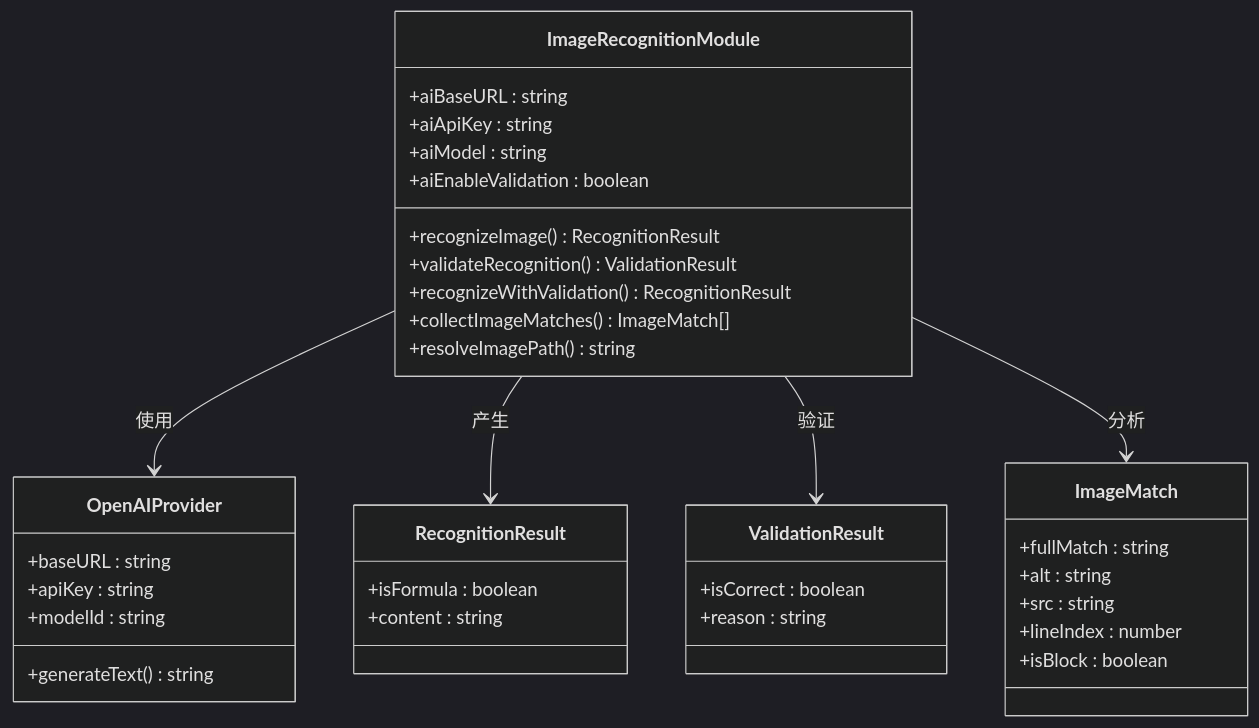
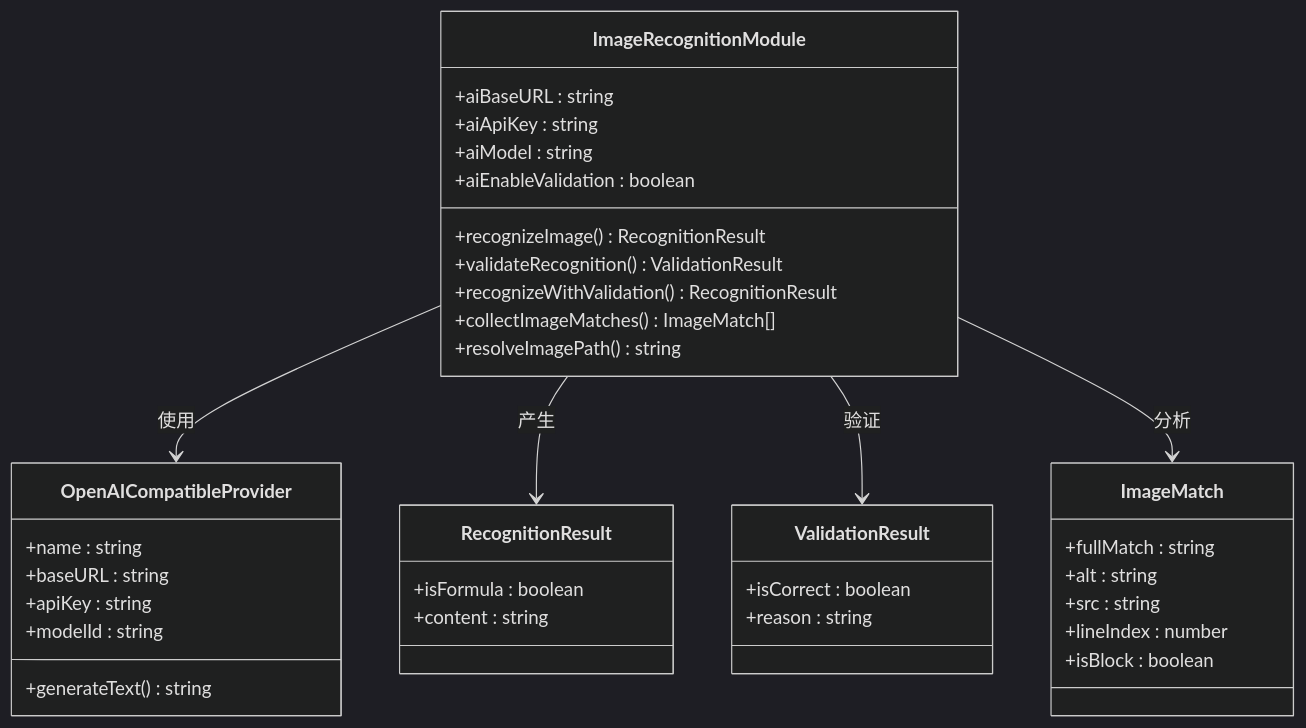
The fourth of 7 diagrams in .qoder/repowiki/zh/content/转换模块详解/AI图像识别模块.md (hllshiro/doc2md-cli), drawn with Mermaid (dark theme) before and after one commit. The commit also changed other lines of this file and 4 other files, not shown here.

````diff
--- a/.qoder/repowiki/zh/content/转换模块详解/AI图像识别模块.md
+++ b/.qoder/repowiki/zh/content/转换模块详解/AI图像识别模块.md
@@ -199,39 +210,40 @@
 ```mermaid
 classDiagram
 class ImageRecognitionModule {
 +aiBaseURL : string
 +aiApiKey : string
 +aiModel : string
 +aiEnableValidation : boolean
 +recognizeImage() RecognitionResult
 +validateRecognition() ValidationResult
 +recognizeWithValidation() RecognitionResult
 +collectImageMatches() ImageMatch[]
 +resolveImagePath() string
 }
-class OpenAIProvider {
+class OpenAICompatibleProvider {
++name : string
 +baseURL : string
 +apiKey : string
 +modelId : string
 +generateText() string
 }
 class RecognitionResult {
 +isFormula : boolean
 +content : string
 }
 class ValidationResult {
 +isCorrect : boolean
 +reason : string
 }
 class ImageMatch {
 +fullMatch : string
 +alt : string
 +src : string
 +lineIndex : number
 +isBlock : boolean
 }
-ImageRecognitionModule --> OpenAIProvider : 使用
+ImageRecognitionModule --> OpenAICompatibleProvider : 使用
 ImageRecognitionModule --> RecognitionResult : 产生
 ImageRecognitionModule --> ValidationResult : 验证
 ImageRecognitionModule --> ImageMatch : 分析
 ```
````
